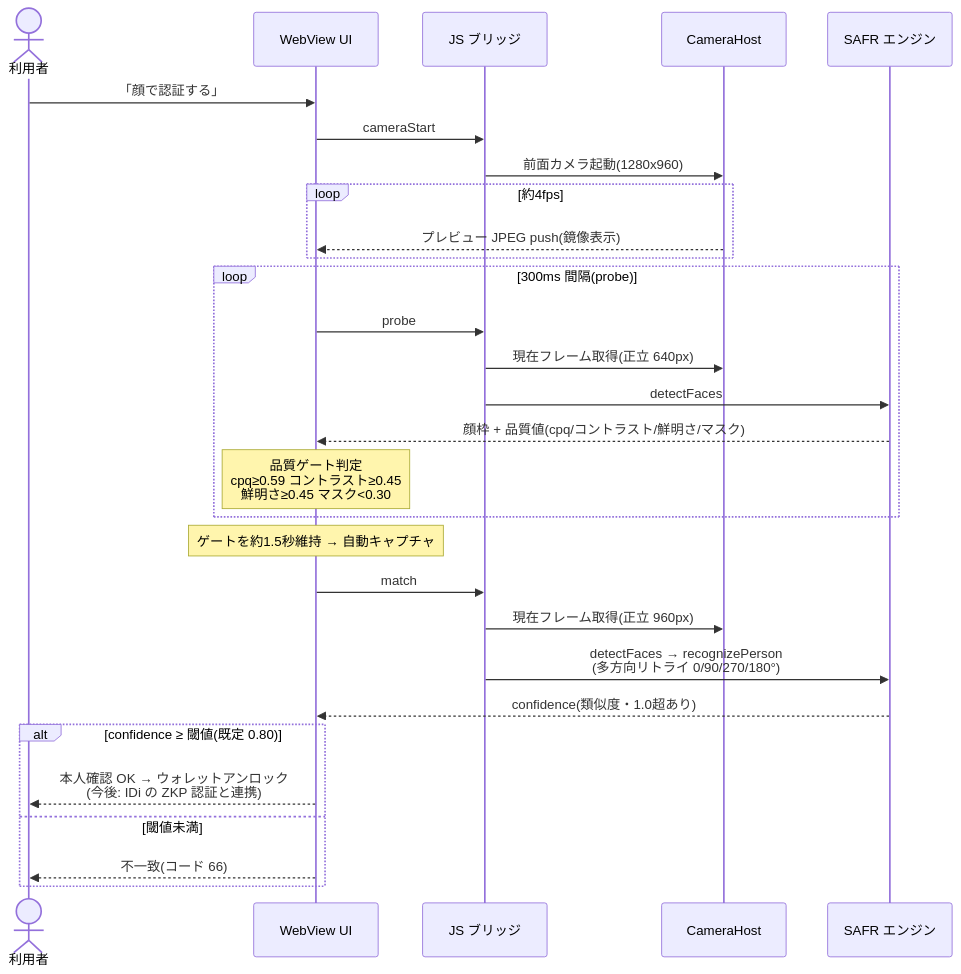
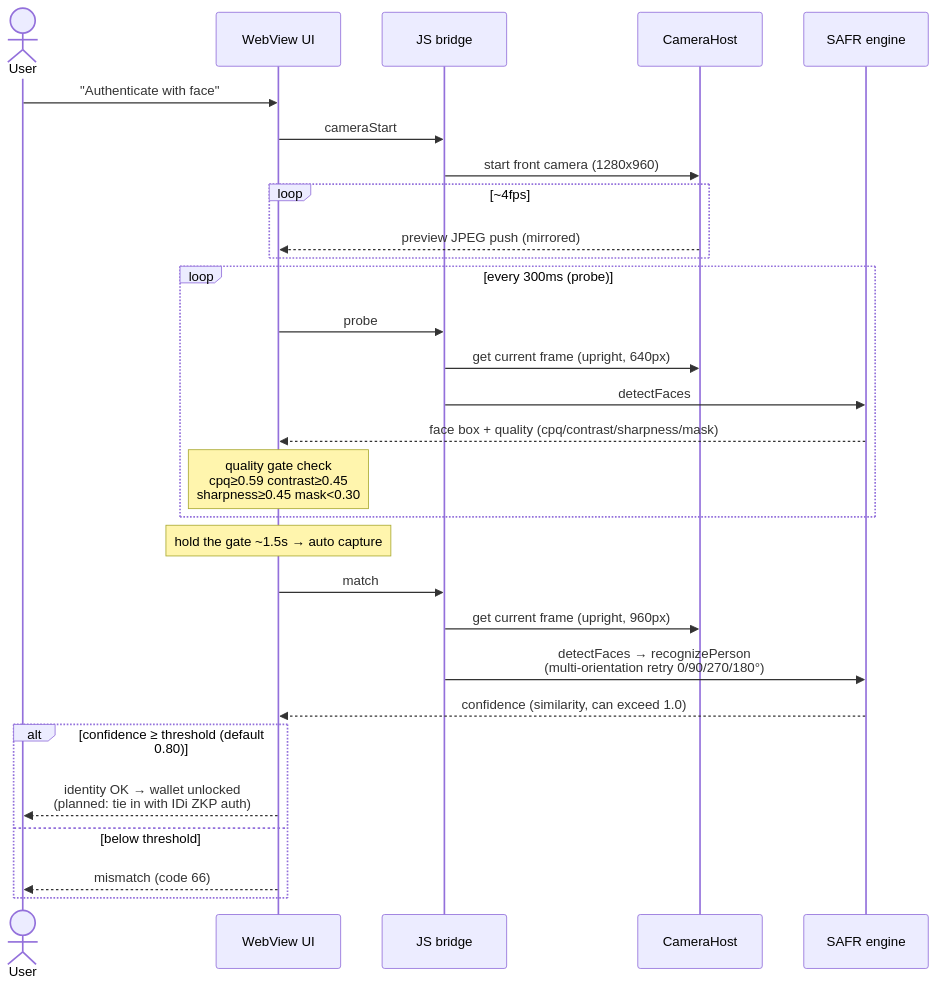
One commit to yuki-js/suicash changed the second of 2 diagrams in face-auth-ui/README.md. Above: the diagram before and after it, drawn with Mermaid. The commit also changed other lines of this file and 83 other files, not shown here.

````diff
--- a/face-auth-ui/README.md
+++ b/face-auth-ui/README.md
@@ -85,37 +86,37 @@
 ```mermaid
 sequenceDiagram
-    actor U as 利用者
+    actor U as User
     participant UI as WebView UI
-    participant BR as JS ブリッジ
+    participant BR as JS bridge
     participant CAM as CameraHost
-    participant SAFR as SAFR エンジン
+    participant SAFR as SAFR engine
 
-    U->>UI: 「顔で認証する」
+    U->>UI: "Authenticate with face"
     UI->>BR: cameraStart
-    BR->>CAM: 前面カメラ起動(1280x960)
+    BR->>CAM: start front camera (1280x960)
 
-    loop 約4fps
-        CAM-->>UI: プレビュー JPEG push(鏡像表示)
+    loop ~4fps
+        CAM-->>UI: preview JPEG push (mirrored)
     end
 
-    loop 300ms 間隔(probe)
+    loop every 300ms (probe)
         UI->>BR: probe
-        BR->>CAM: 現在フレーム取得(正立 640px)
+        BR->>CAM: get current frame (upright, 640px)
         BR->>SAFR: detectFaces
-        SAFR-->>UI: 顔枠 + 品質値(cpq/コントラスト/鮮明さ/マスク)
-        Note over UI: 品質ゲート判定<br/>cpq≥0.59 コントラスト≥0.45<br/>鮮明さ≥0.45 マスク<0.30
+        SAFR-->>UI: face box + quality (cpq/contrast/sharpness/mask)
+        Note over UI: quality gate check<br/>cpq≥0.59 contrast≥0.45<br/>sharpness≥0.45 mask<0.30
     end
 
-    Note over UI: ゲートを約1.5秒維持 → 自動キャプチャ
+    Note over UI: hold the gate ~1.5s → auto capture
 
     UI->>BR: match
-    BR->>CAM: 現在フレーム取得(正立 960px)
-    BR->>SAFR: detectFaces → recognizePerson<br/>(多方向リトライ 0/90/270/180°)
-    SAFR-->>UI: confidence(類似度・1.0超あり)
+    BR->>CAM: get current frame (upright, 960px)
+    BR->>SAFR: detectFaces → recognizePerson<br/>(multi-orientation retry 0/90/270/180°)
+    SAFR-->>UI: confidence (similarity, can exceed 1.0)
 
-    alt confidence ≥ 閾値(既定 0.80)
-        UI-->>U: 本人確認 OK → ウォレットアンロック<br/>(今後: IDi の ZKP 認証と連携)
-    else 閾値未満
-        UI-->>U: 不一致(コード 66)
+    alt confidence ≥ threshold (default 0.80)
+        UI-->>U: identity OK → wallet unlocked<br/>(planned: tie in with IDi ZKP auth)
+    else below threshold
+        UI-->>U: mismatch (code 66)
     end
 ```
````
